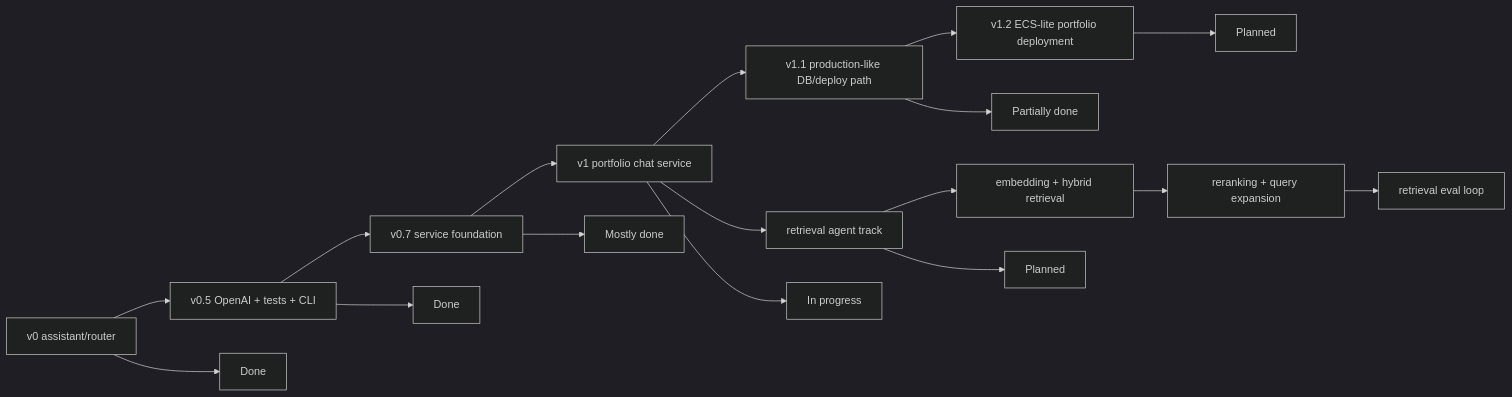
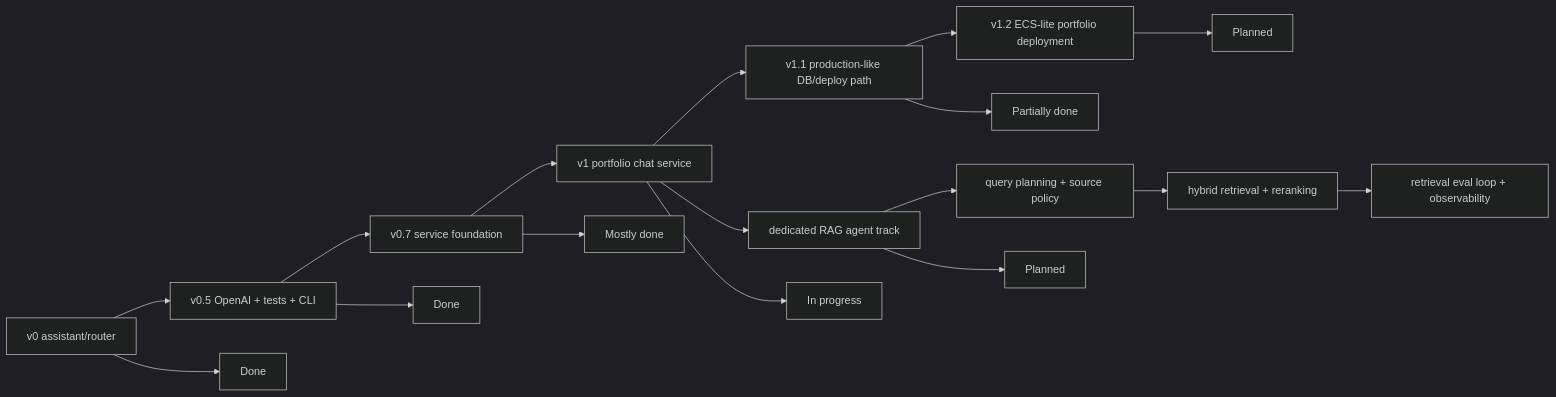
The diagram in ROADMAP.md (heecheon92/my-agents), drawn with Mermaid (dark theme) before and after one commit. The commit also changed other lines of this file, not shown here.

Commit message:
Frame retrieval quality as a RAG-agent milestone
Retrieval quality needs a product and architecture track rather than scattered search tuning. The roadmap now names a Dedicated RAG Agent milestone that owns query planning, source policy, hybrid retrieval, reranking, context packing, citation quality, and observability while preserving the current personal/group KB privacy boundaries.

Constraint: This is roadmap-only future work, not an imminent implementation task.
Rejected: Track retrieval quality as generic tuning | hides the need for a durable agent/service boundary.
Confidence: high
Scope-risk: narrow
Directive: Keep future retrieval improvements attached to the Dedicated RAG Agent milestone unless they are small bug fixes.
Tested: ROADMAP.md diff reviewed
Not-tested: Markdown rendering in GitHub UI

````diff
--- a/ROADMAP.md
+++ b/ROADMAP.md
@@ -16,20 +16,20 @@
 ```mermaid
 flowchart LR
     V0["v0 assistant/router"] --> V05["v0.5 OpenAI + tests + CLI"]
     V05 --> V07["v0.7 service foundation"]
     V07 --> V1["v1 portfolio chat service"]
     V1 --> V11["v1.1 production-like DB/deploy path"]
     V11 --> V12["v1.2 ECS-lite portfolio deployment"]
-    V1 --> R1["retrieval agent track"]
-    R1 --> R1A["embedding + hybrid retrieval"]
-    R1A --> R1B["reranking + query expansion"]
-    R1B --> R1C["retrieval eval loop"]
+    V1 --> R1["dedicated RAG agent track"]
+    R1 --> R1A["query planning + source policy"]
+    R1A --> R1B["hybrid retrieval + reranking"]
+    R1B --> R1C["retrieval eval loop + observability"]
 
     V0 --> V0Done["Done"]
     V05 --> V05Done["Done"]
     V07 --> V07Done["Mostly done"]
     V1 --> V1Wip["In progress"]
     V11 --> V11Wip["Partially done"]
     V12 --> V12Todo["Planned"]
     R1 --> R1Todo["Planned"]
 ```
````
